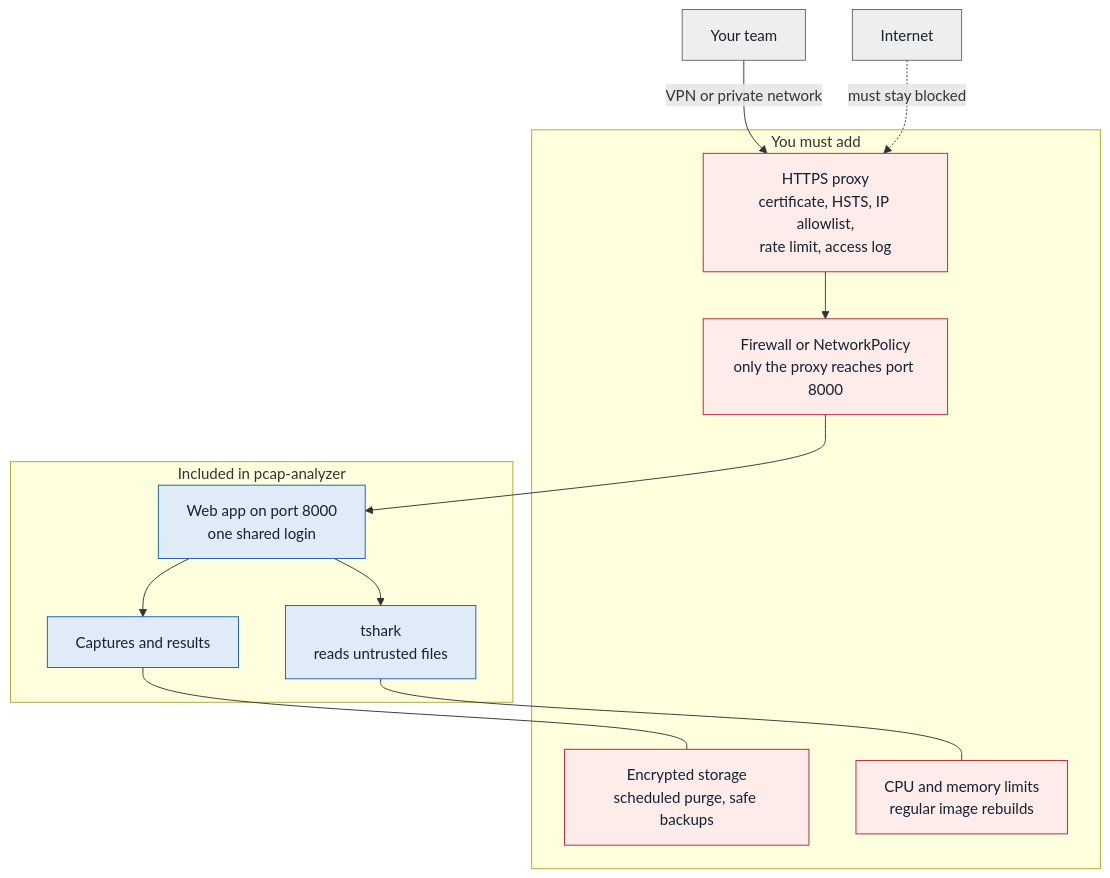
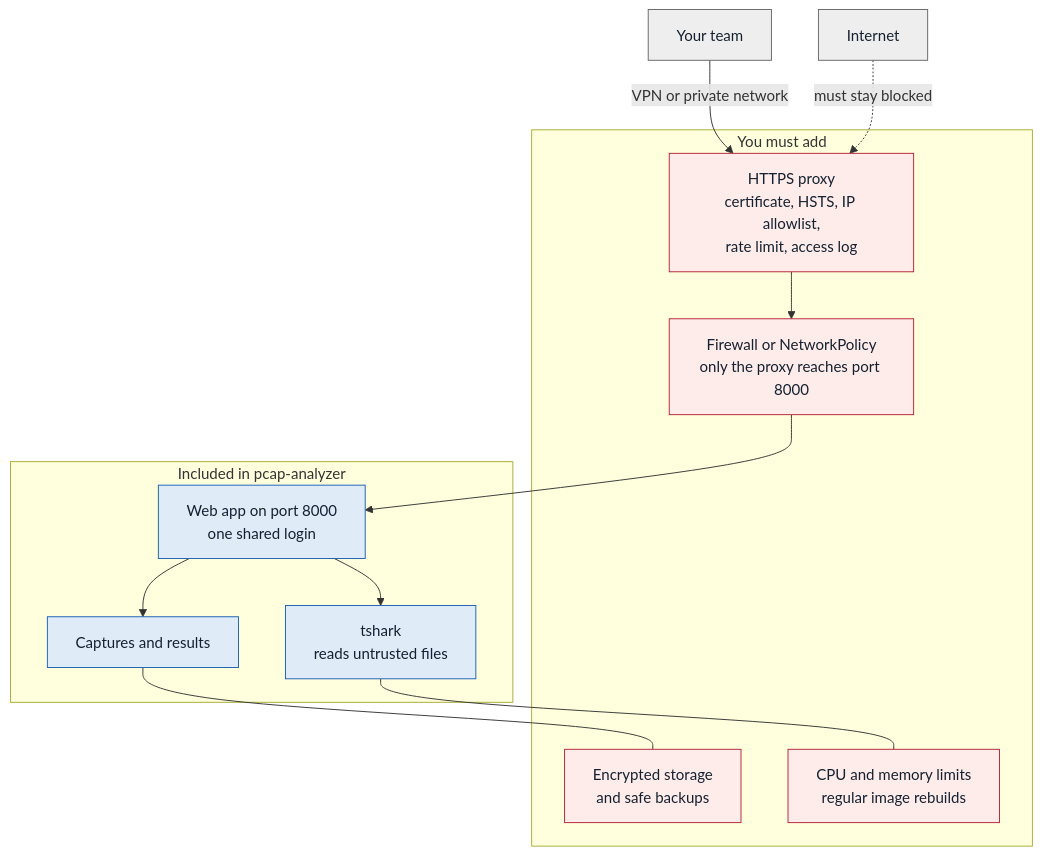
The diagram in README.md (maerdogan/ai-pcap-analyzer-py-fastapi-htmx), drawn with Mermaid before and after one commit. The commit also changed other lines of this file and 11 other files, not shown here.

````diff
--- a/README.md
+++ b/README.md
@@ -55,31 +55,31 @@
 ```mermaid
 flowchart TD
     team["Your team"] -->|"VPN or private network"| proxy
     internet["Internet"] -. "must stay blocked" .-> proxy
 
     subgraph add["You must add"]
         proxy["HTTPS proxy<br/>certificate, HSTS, IP allowlist,<br/>rate limit, access log"]
         firewall["Firewall or NetworkPolicy<br/>only the proxy reaches port 8000"]
-        disk["Encrypted storage<br/>scheduled purge, safe backups"]
+        disk["Encrypted storage<br/>and safe backups"]
         limits["CPU and memory limits<br/>regular image rebuilds"]
     end
 
     subgraph has["Included in pcap-analyzer"]
         app["Web app on port 8000<br/>one shared login"]
         tshark["tshark<br/>reads untrusted files"]
         data["Captures and results"]
     end
 
     proxy --> firewall --> app
     app --> tshark
     app --> data
     data --- disk
     tshark --- limits
 
     classDef must fill:#fdecea,stroke:#b42335,color:#152130
     classDef have fill:#e0ebf8,stroke:#1a5fb4,color:#152130
     classDef outside fill:#eeeeee,stroke:#666666,color:#152130
     class proxy,firewall,disk,limits must
     class app,tshark,data have
     class team,internet outside
 ```
````
